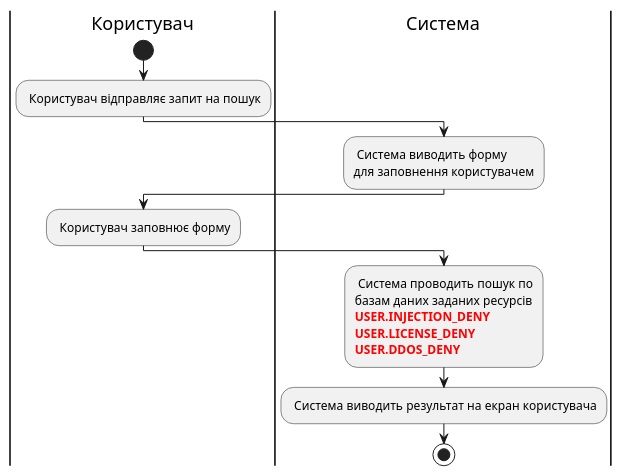
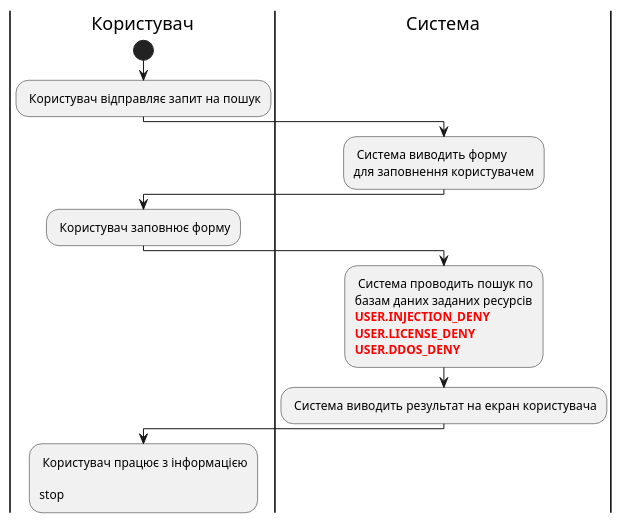
One commit to anastasiadyvnich/edu_db_labs changed the seventh of 14 diagrams in docs/use cases/README.md. Above: the diagram before and after it, drawn with PlantUML. The commit also changed other lines of this file, not shown here.

```diff
--- a/docs/use cases/README.md
+++ b/docs/use cases/README.md
@@ -236,25 +242,28 @@
 @startuml
 
     |Користувач|
     start
     : Користувач відправляє запит на пошук;
 
     |Система|
     : Система виводить форму
     для заповнення користувачем;
 
     |Користувач|
     : Користувач заповнює форму;
 
     |Система|
     : Система проводить пошук по
     базам даних заданих ресурсів
     <font color="red"><b>USER.INJECTION_DENY
     <font color="red"><b>USER.LICENSE_DENY
     <font color="red"><b>USER.DDOS_DENY;
 
     : Система виводить результат на екран користувача;
 
+    |Користувач|
+    : Користувач працює з інформацією
+
     stop;
 
 @enduml
```
